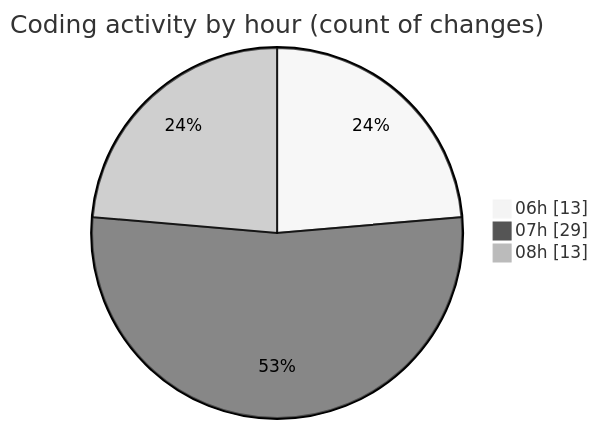
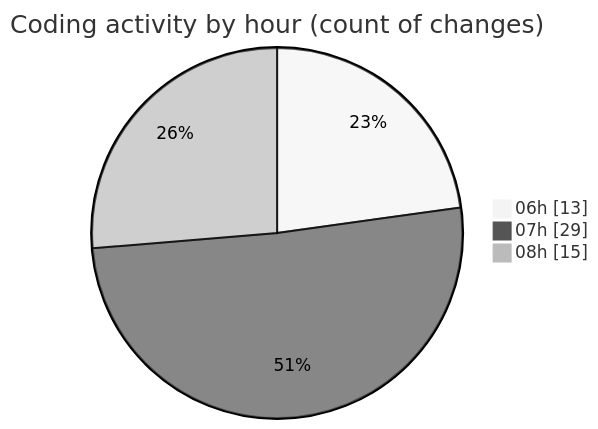
Before and after one commit to robertbonfada/code-tracking: the second of 2 diagrams in 2025-01-21/mbc-web/README.md, drawn with Mermaid (neutral theme). The commit also changed other lines of this file and 1 other file, not shown here.

````diff
--- a/2025-01-21/mbc-web/README.md
+++ b/2025-01-21/mbc-web/README.md
@@ -44,7 +44,7 @@
 ```mermaid
 pie showData
 title Coding activity by hour (count of changes)
 "06h" : 13
 "07h" : 29
-"08h" : 13
+"08h" : 15
 ```
````
